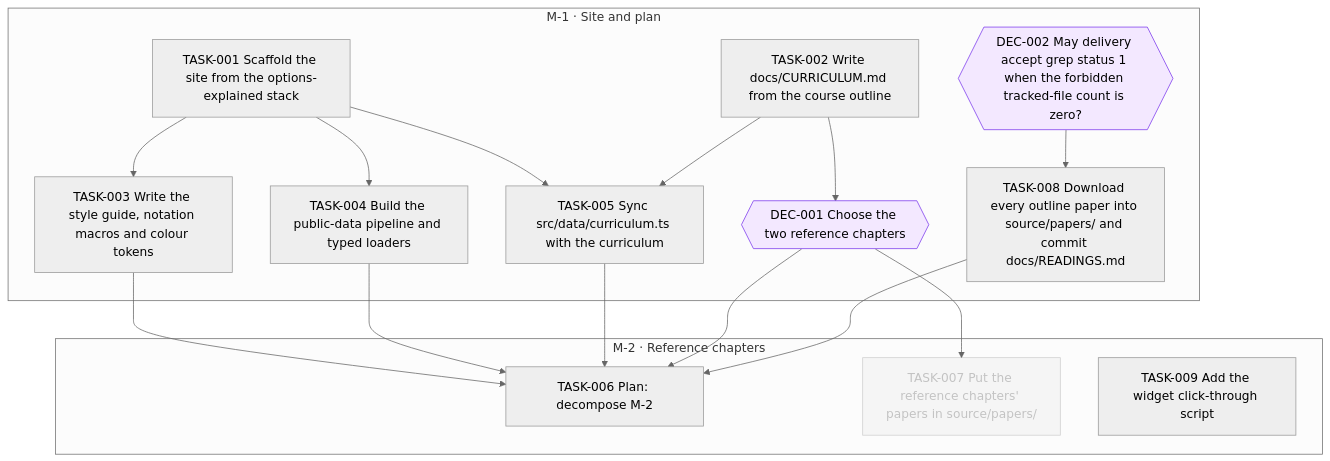
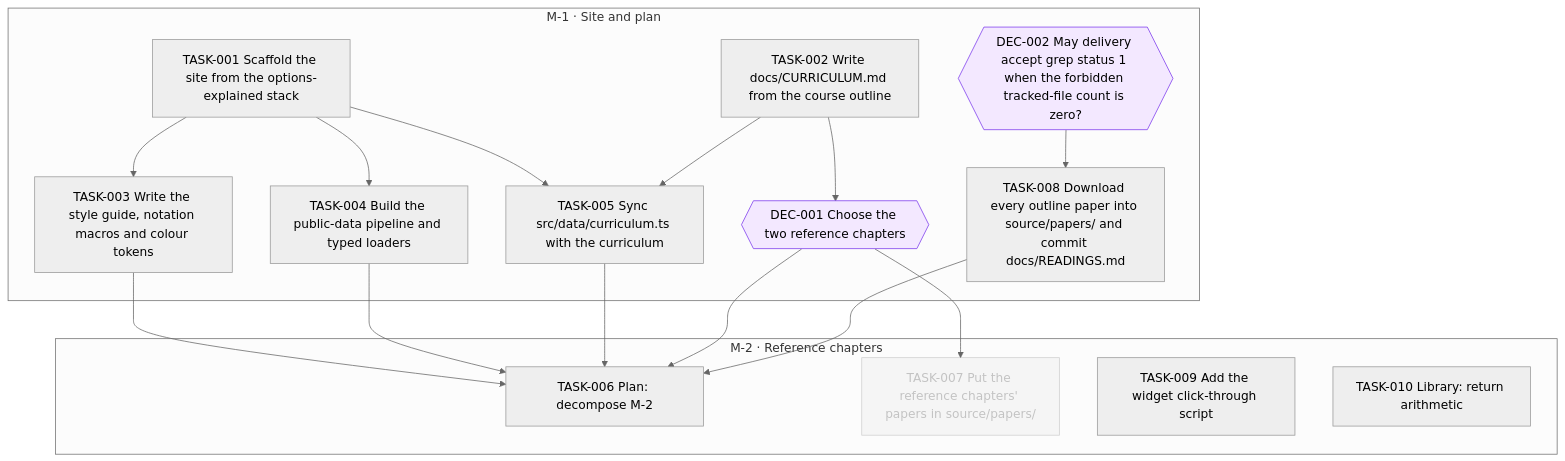
The diagram in goals/course-site/README.md (all-explained/empirical-finance-lbs), drawn with Mermaid (neutral theme) before and after one commit. The commit also changed 1 other file, not shown here.

Commit message:
goal(course-site): add TASK-010 Library: return arithmetic

````diff
--- a/goals/course-site/README.md
+++ b/goals/course-site/README.md
@@ -39,36 +39,37 @@
 ```mermaid
 flowchart TD
   subgraph M_1["M-1 · Site and plan"]
     DEC_001{{"DEC-001 Choose the two reference chapters"}}
     DEC_002{{"DEC-002 May delivery accept grep status 1 when the forbidden tracked-file count is zero?"}}
     TASK_001["TASK-001 Scaffold the site from the options-explained stack"]
     TASK_002["TASK-002 Write docs/CURRICULUM.md from the course outline"]
     TASK_003["TASK-003 Write the style guide, notation macros and colour tokens"]
     TASK_004["TASK-004 Build the public-data pipeline and typed loaders"]
     TASK_005["TASK-005 Sync src/data/curriculum.ts with the curriculum"]
     TASK_008["TASK-008 Download every outline paper into source/papers/ and commit docs/READINGS.md"]
   end
   subgraph M_2["M-2 · Reference chapters"]
     TASK_006["TASK-006 Plan: decompose M-2"]
     TASK_007["TASK-007 Put the reference chapters' papers in source/papers/"]
     TASK_009["TASK-009 Add the widget click-through script"]
+    TASK_010["TASK-010 Library: return arithmetic"]
   end
   TASK_002 --> DEC_001
   TASK_001 --> TASK_003
   TASK_001 --> TASK_004
   TASK_001 --> TASK_005
   TASK_002 --> TASK_005
   TASK_003 --> TASK_006
   TASK_004 --> TASK_006
   TASK_005 --> TASK_006
   DEC_001 --> TASK_006
   TASK_008 --> TASK_006
   DEC_001 --> TASK_007
   DEC_002 --> TASK_008
   classDef draft stroke-dasharray: 4 3
   classDef cancelled opacity:0.45
   classDef decision fill:#f3e8ff,stroke:#7c3aed
   class TASK_007 cancelled
   class DEC_001 decision
   class DEC_002 decision
 ```
````
